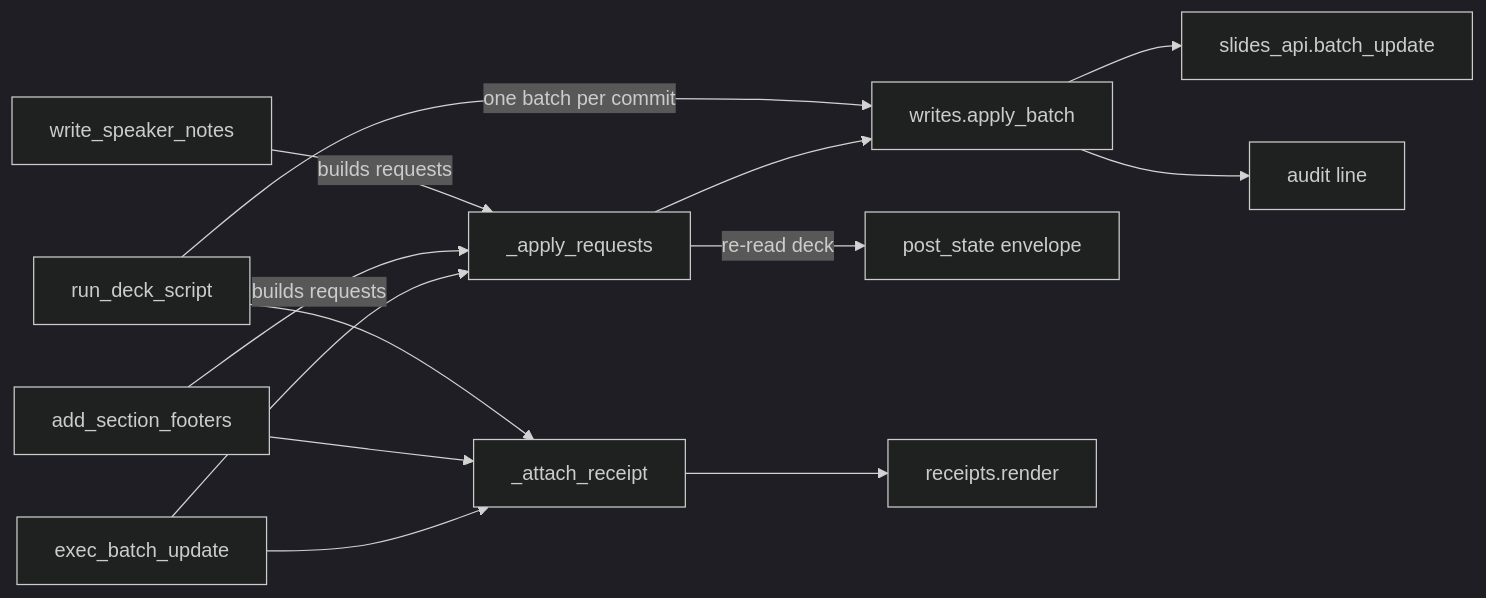
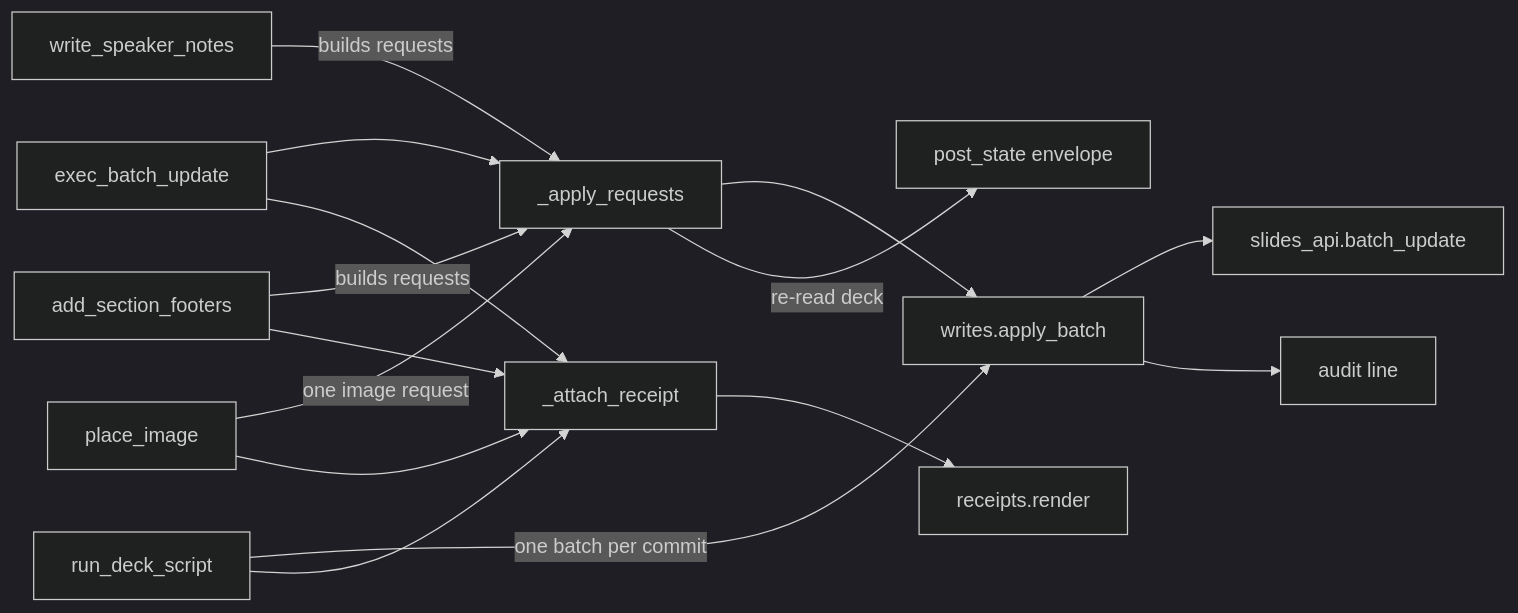
The diagram in docs/architecture/write-wedge.md (luutuankiet/slides-mcp), drawn with Mermaid (dark theme) before and after one commit. The commit also changed other lines of this file and 10 other files, not shown here.

First line of the commit message:
docs: place_image in the write-wedge page, deploy guide, skill and release notes

````diff
--- a/docs/architecture/write-wedge.md
+++ b/docs/architecture/write-wedge.md
@@ -12,15 +12,17 @@
 ```mermaid
 flowchart LR
   ebu[exec_batch_update] --> ar[_apply_requests]
   footers[add_section_footers] -->|builds requests| ar
   notes[write_speaker_notes] -->|builds requests| ar
+  place[place_image] -->|one image request| ar
   ar --> apply[writes.apply_batch]
   script[run_deck_script] -->|one batch per commit| apply
   apply --> api[slides_api.batch_update]
   apply --> audit[audit line]
   ar -->|re-read deck| post[post_state envelope]
   ebu --> receipt[_attach_receipt]
   footers --> receipt
   script --> receipt
+  place --> receipt
   receipt --> thumbs[receipts.render]
 ```
````
